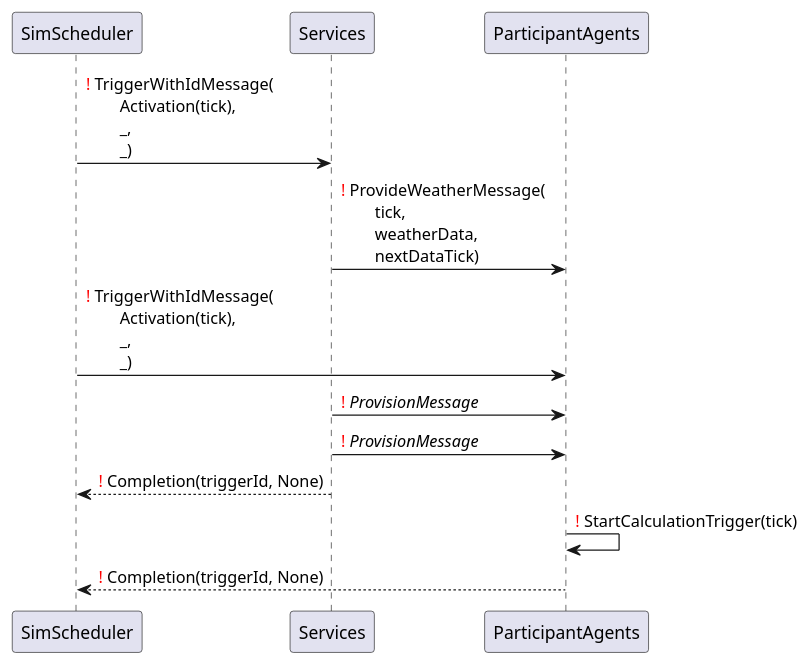
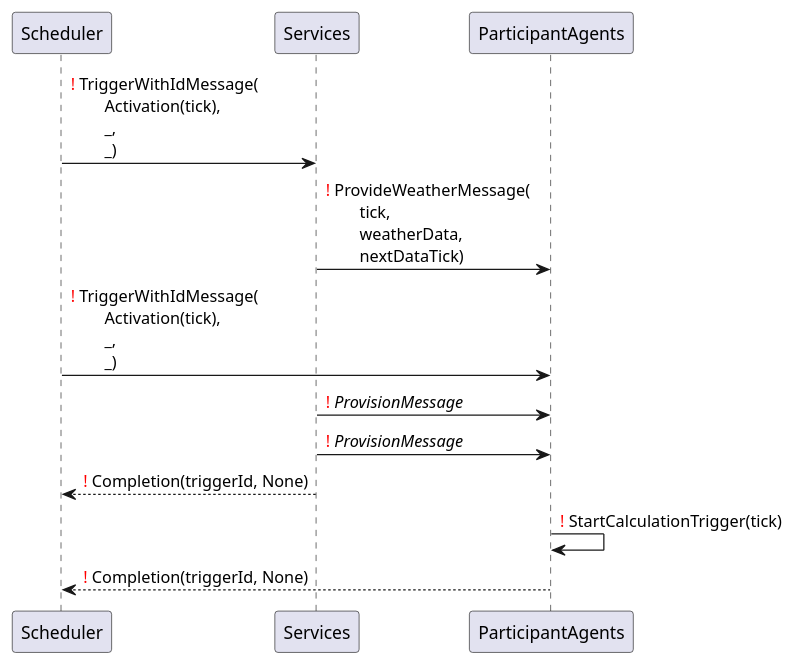
Before and after one commit to ie3-institute/simona: the diagram in docs/uml/protocol/ParticipantTriggeredBySecondaryData.puml, drawn with PlantUML. The commit also changed 3 other files, not shown here.

Commit message:
Changed SimScheduler and MainController to Scheduler and SimonaSim

```diff
--- a/docs/uml/protocol/ParticipantTriggeredBySecondaryData.puml
+++ b/docs/uml/protocol/ParticipantTriggeredBySecondaryData.puml
@@ -1,10 +1,10 @@
 @startuml
-SimScheduler -> Services: <font color=red>!</font> TriggerWithIdMessage(\n\tActivation(tick),\n\t_,\n\t_)
+Scheduler -> Services: <font color=red>!</font> TriggerWithIdMessage(\n\tActivation(tick),\n\t_,\n\t_)
 Services -> ParticipantAgents: <font color=red>!</font> ProvideWeatherMessage(\n\ttick,\n\tweatherData,\n\tnextDataTick)
-SimScheduler -> ParticipantAgents: <font color=red>!</font> TriggerWithIdMessage(\n\tActivation(tick),\n\t_,\n\t_)
+Scheduler -> ParticipantAgents: <font color=red>!</font> TriggerWithIdMessage(\n\tActivation(tick),\n\t_,\n\t_)
 Services -> ParticipantAgents: <font color=red>!</font> <i>ProvisionMessage</i>
 Services -> ParticipantAgents: <font color=red>!</font> <i>ProvisionMessage</i>
-Services --> SimScheduler: <font color=red>!</font> Completion(triggerId, None)
+Services --> Scheduler: <font color=red>!</font> Completion(triggerId, None)
 ParticipantAgents -> ParticipantAgents: <font color=red>!</font> StartCalculationTrigger(tick)
-ParticipantAgents --> SimScheduler: <font color=red>!</font> Completion(triggerId, None)
+ParticipantAgents --> Scheduler: <font color=red>!</font> Completion(triggerId, None)
 @enduml
```
